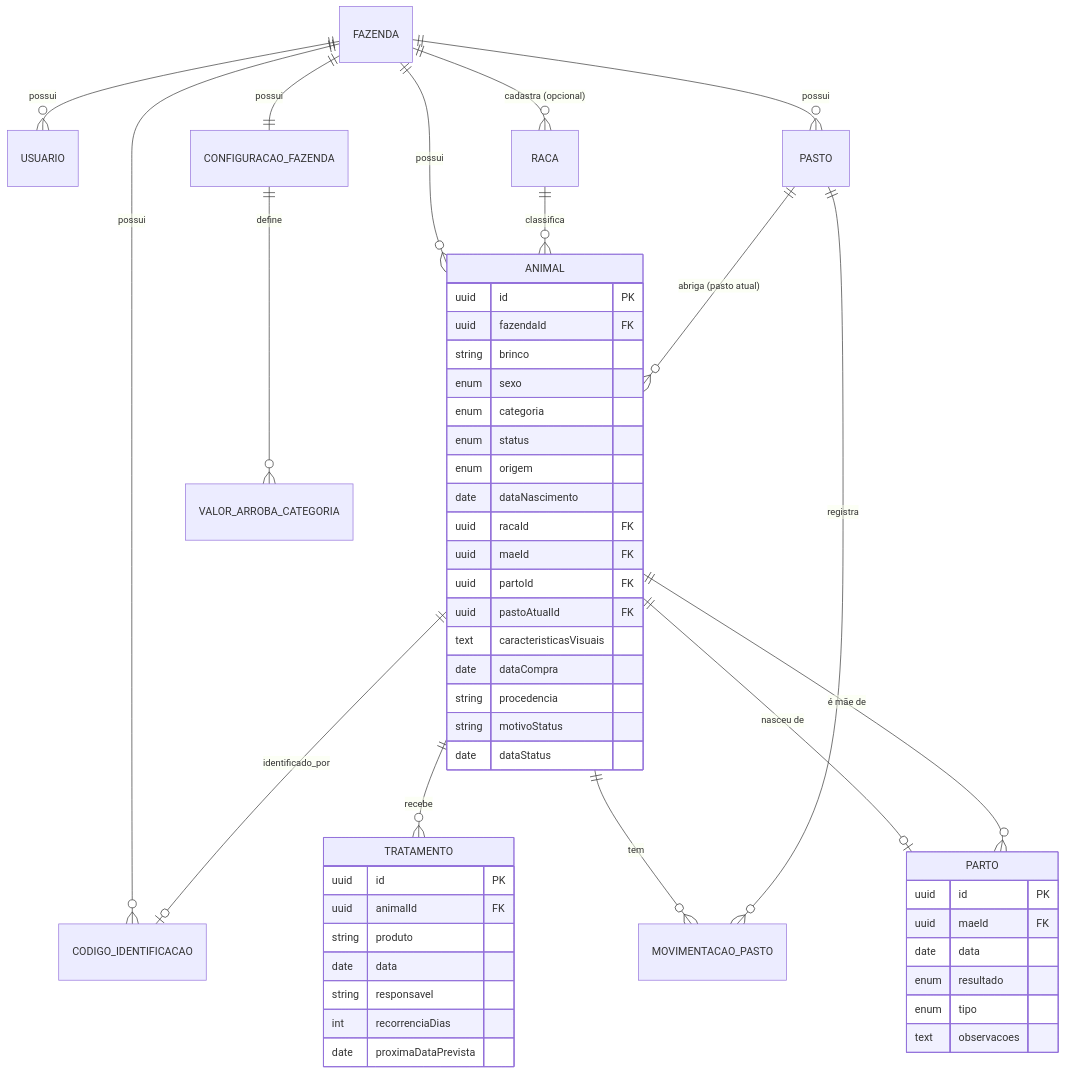
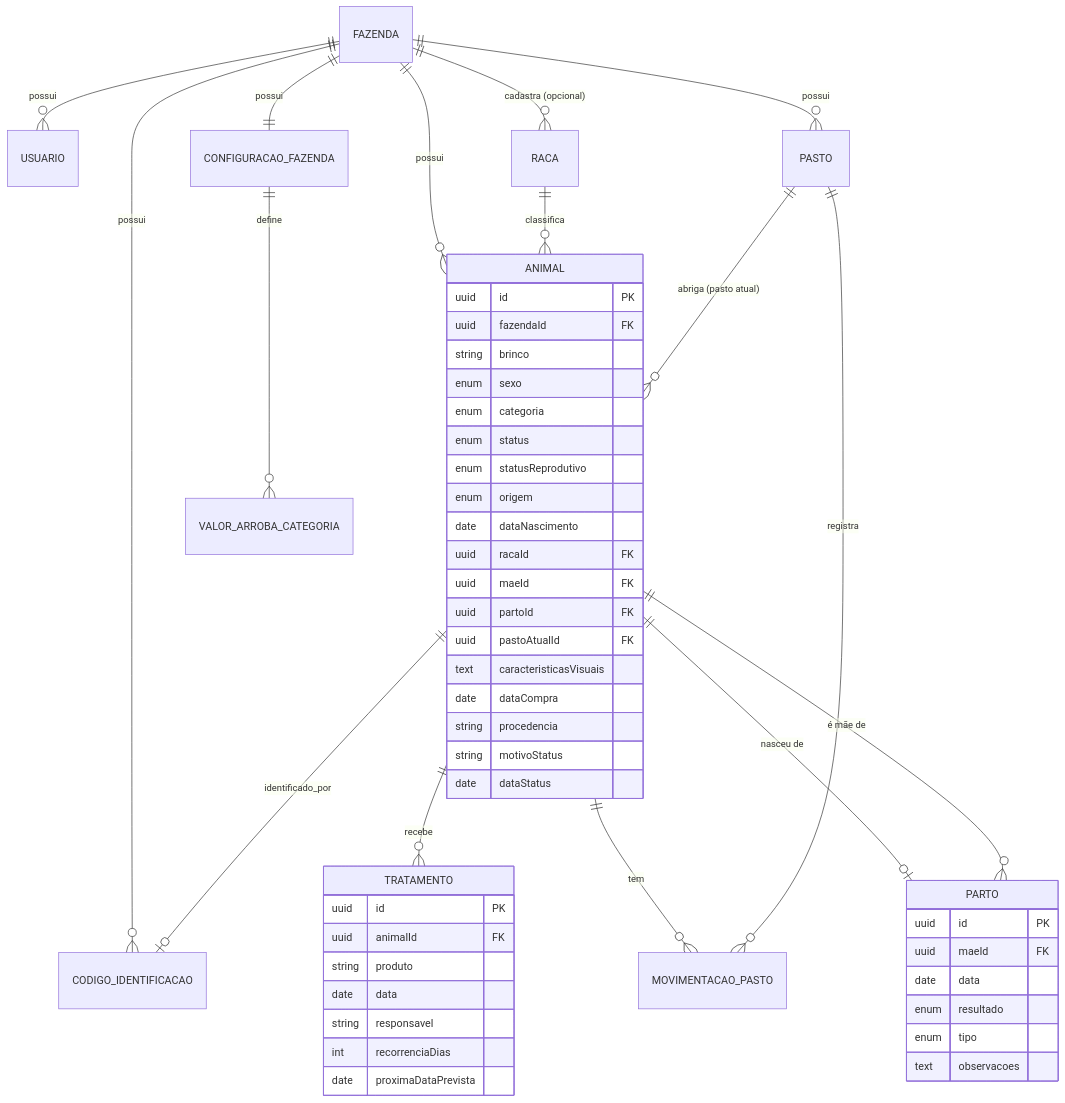
One commit to iallberto/Controle-Fazenda changed the diagram in docs/modelagem-controle-fazenda.md. Above: the diagram before and after it, drawn with Mermaid. The commit also changed other lines of this file, not shown here.

````diff
--- a/docs/modelagem-controle-fazenda.md
+++ b/docs/modelagem-controle-fazenda.md
@@ -35,58 +35,59 @@
 ```mermaid
 erDiagram
     FAZENDA ||--o{ USUARIO : possui
     FAZENDA ||--o{ PASTO : possui
     FAZENDA ||--o{ ANIMAL : possui
     FAZENDA ||--o{ RACA : "cadastra (opcional)"
     FAZENDA ||--o{ CODIGO_IDENTIFICACAO : possui
     FAZENDA ||--|| CONFIGURACAO_FAZENDA : possui
     CONFIGURACAO_FAZENDA ||--o{ VALOR_ARROBA_CATEGORIA : define
 
     RACA ||--o{ ANIMAL : classifica
     ANIMAL ||--o| PARTO : "nasceu de"
     ANIMAL ||--o{ PARTO : "é mãe de"
     ANIMAL ||--o{ TRATAMENTO : recebe
     ANIMAL ||--o{ MOVIMENTACAO_PASTO : tem
     ANIMAL ||--o| CODIGO_IDENTIFICACAO : identificado_por
     PASTO ||--o{ MOVIMENTACAO_PASTO : registra
     PASTO ||--o{ ANIMAL : "abriga (pasto atual)"
 
     ANIMAL {
         uuid id PK
         uuid fazendaId FK
         string brinco
         enum sexo
         enum categoria
         enum status
+        enum statusReprodutivo
         enum origem
         date dataNascimento
         uuid racaId FK
         uuid maeId FK
         uuid partoId FK
         uuid pastoAtualId FK
         text caracteristicasVisuais
         date dataCompra
         string procedencia
         string motivoStatus
         date dataStatus
     }
 
     PARTO {
         uuid id PK
         uuid maeId FK
         date data
         enum resultado
         enum tipo
         text observacoes
     }
 
     TRATAMENTO {
         uuid id PK
         uuid animalId FK
         string produto
         date data
         string responsavel
         int recorrenciaDias
         date proximaDataPrevista
     }
 ```
````
